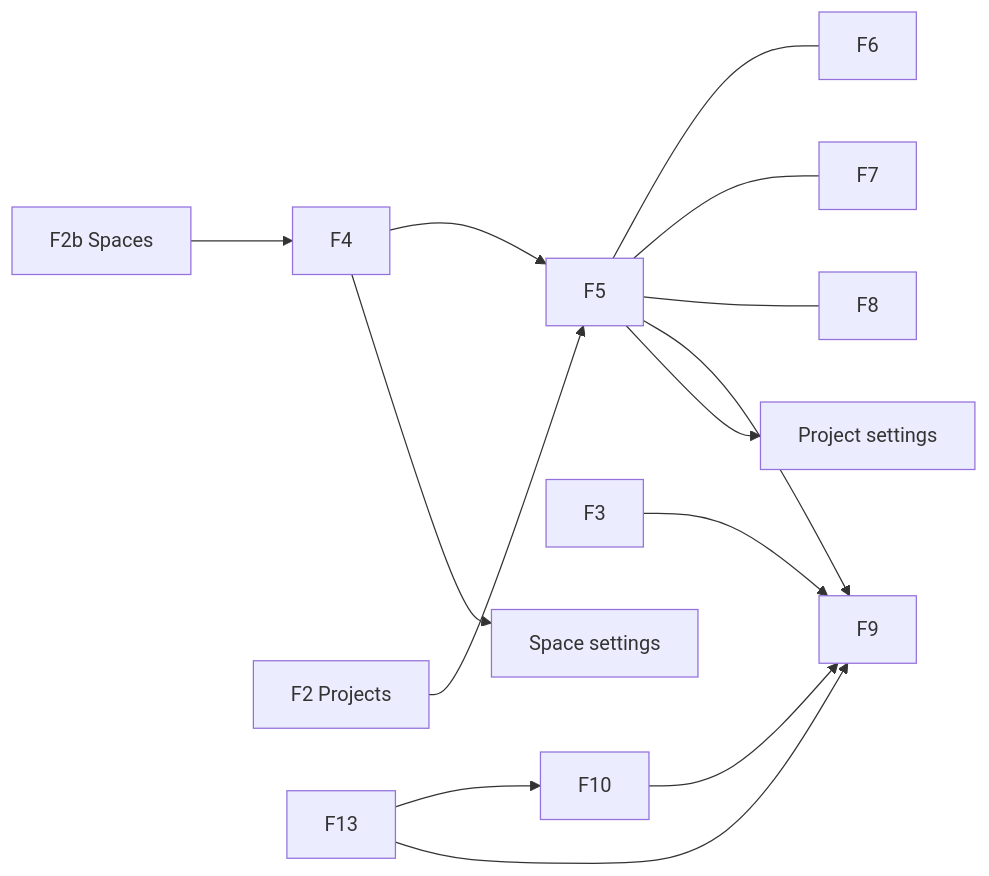
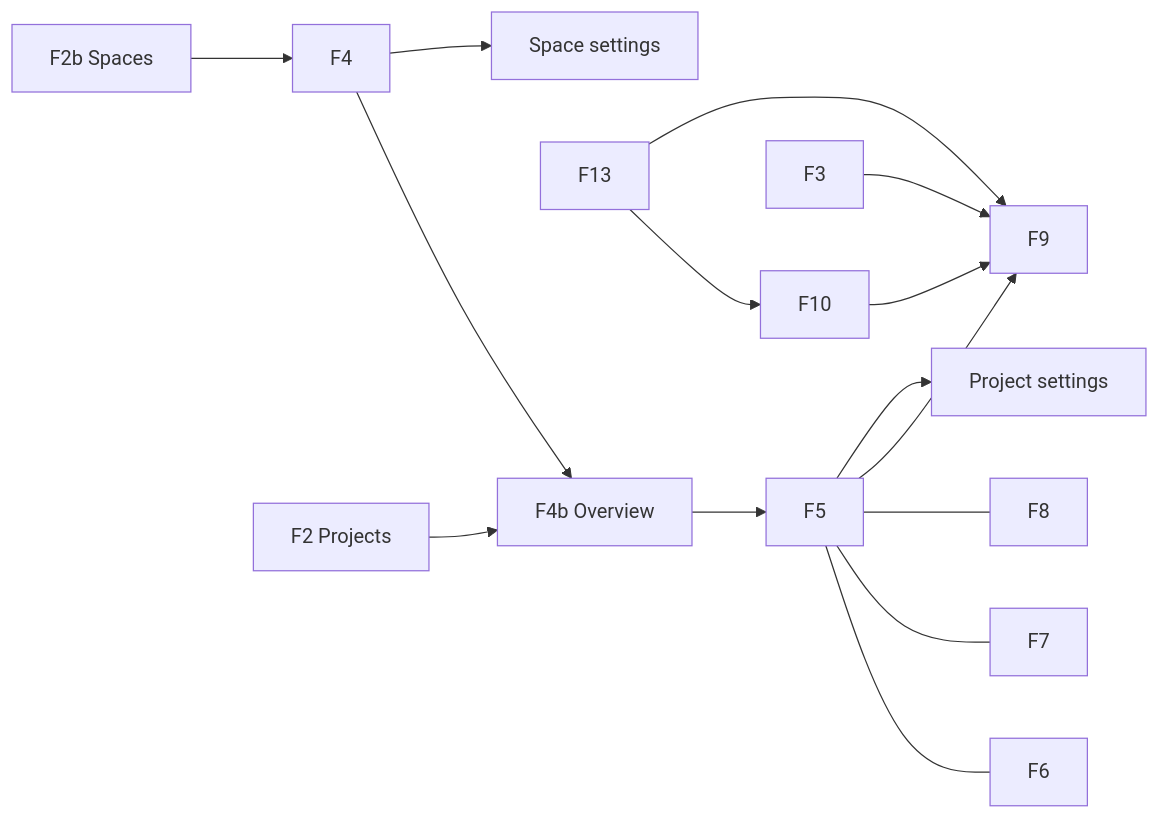
Before and after one commit to yoosungung/sw-factory: the diagram in frontend/ia/pages.md, drawn with Mermaid. The commit also changed other lines of this file and 19 other files, not shown here.

````diff
--- a/frontend/ia/pages.md
+++ b/frontend/ia/pages.md
@@ -169,15 +178,16 @@
 ```mermaid
 flowchart LR
-  F2b[F2b Spaces] --> F4 --> F5
-  F2[F2 Projects] --> F5
+  F2b[F2b Spaces] --> F4 --> F4b[F4b Overview]
+  F2[F2 Projects] --> F4b
+  F4b --> F5
   F5 --- F6
   F5 --- F7
   F5 --- F8
   F5 --> F9
   F3 --> F9
   F13 --> F10
   F10 --> F9
   F13 --> F9
   F4 --> AdminS[Space settings]
   F5 --> AdminP[Project settings]
 ```
````
